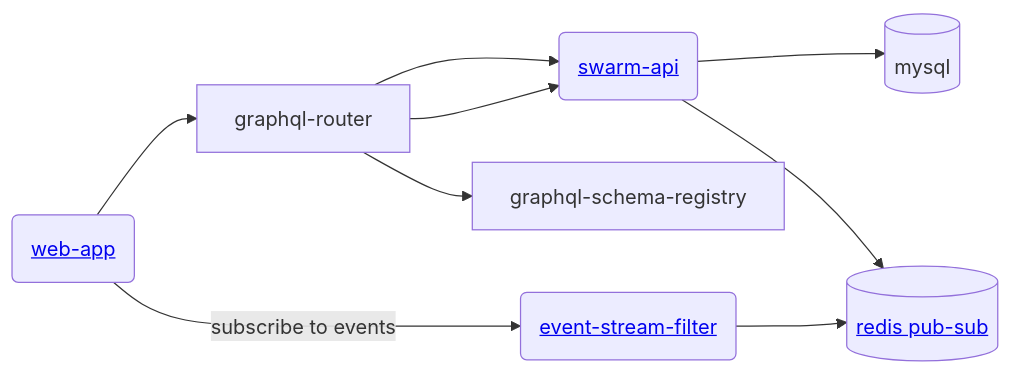
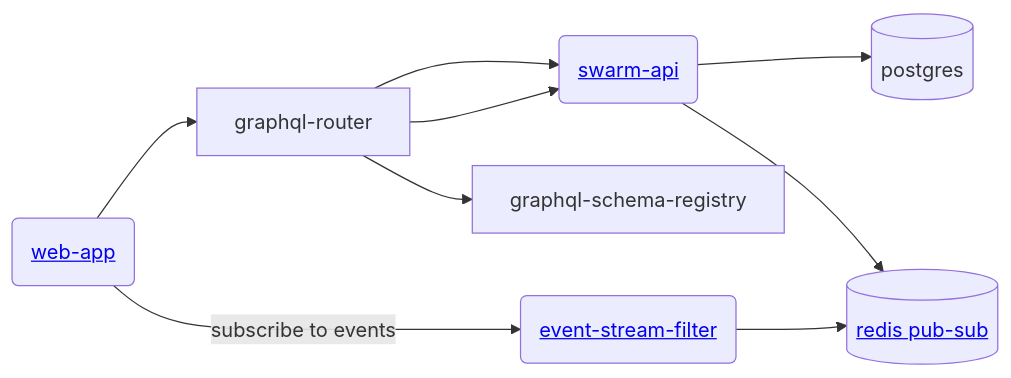
Before and after one commit to Gratheon/swarm-api: the diagram in README.md, drawn with Mermaid. The commit also changed other lines of this file and 97 other files, not shown here.

````diff
--- a/README.md
+++ b/README.md
@@ -9,10 +9,10 @@
 ```mermaid
 flowchart LR
     web-app("<a href='https://github.com/Gratheon/web-app'>web-app</a>") --> graphql-router
     web-app --"subscribe to events"--> event-stream-filter("<a href='https://github.com/Gratheon/event-stream-filter'>event-stream-filter</a>") --> redis
     
-    graphql-router --> swarm-api("<a href='https://github.com/Gratheon/swarm-api'>swarm-api</a>") --> mysql[(mysql)]
+    graphql-router --> swarm-api("<a href='https://github.com/Gratheon/swarm-api'>swarm-api</a>") --> postgres[(postgres)]
     graphql-router --> swarm-api --> redis[("<a href='https://github.com/Gratheon/redis'>redis pub-sub</a>")]
     
     graphql-router --> graphql-schema-registry
 ```
````
